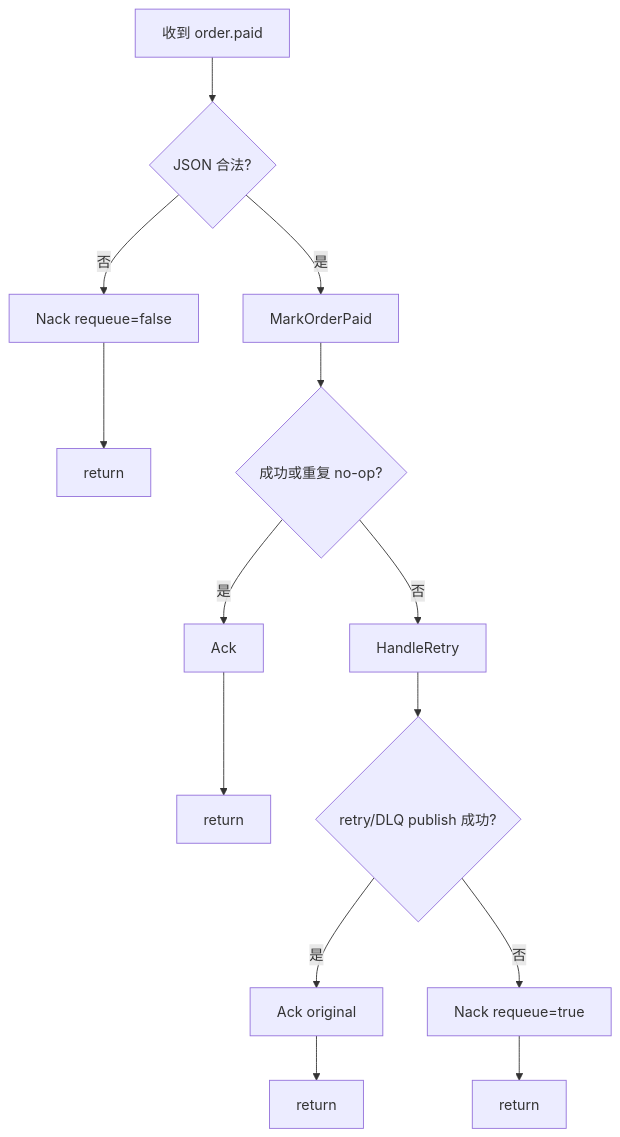
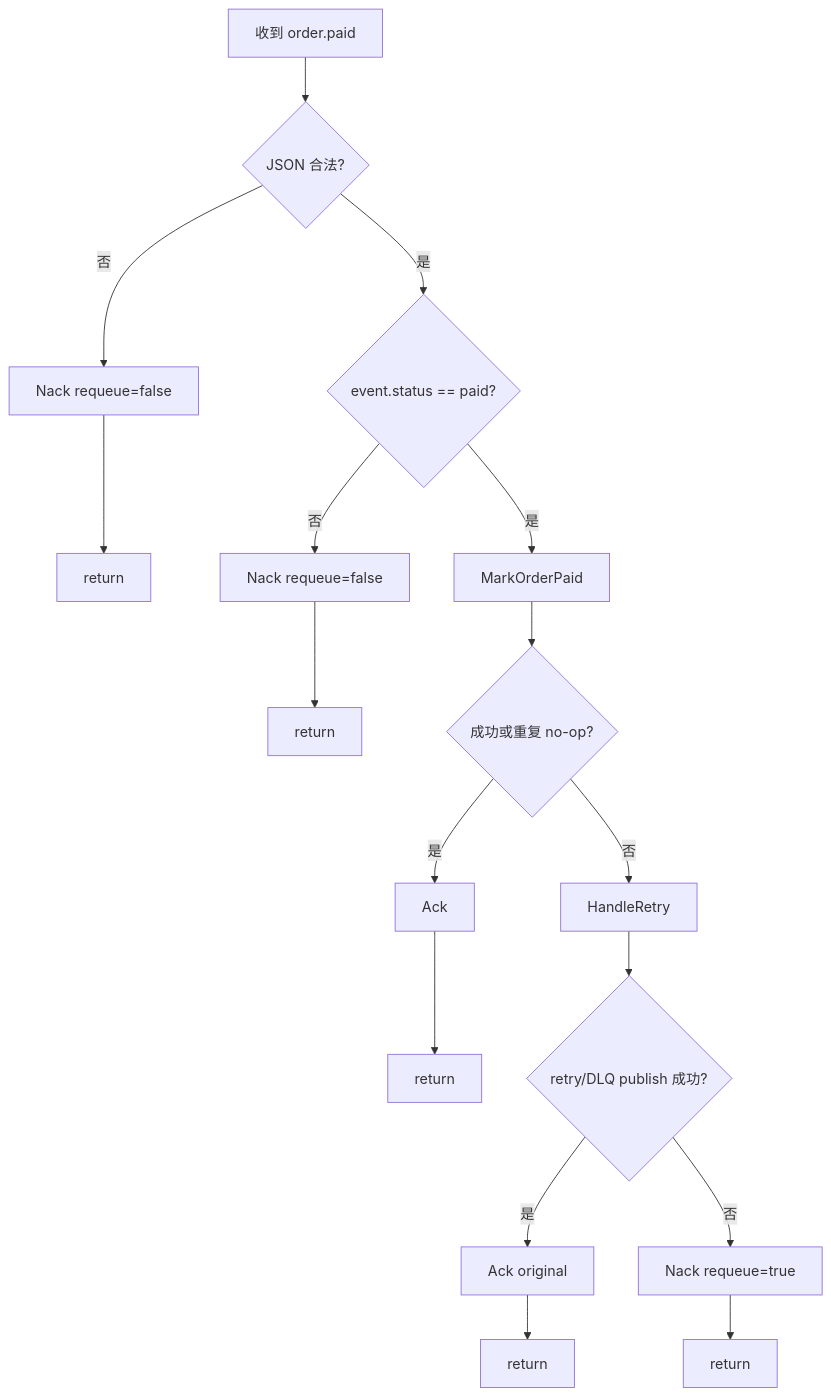
The first of 2 diagrams in docs/architecture/reliability.md (jiahuipaung/gorder), drawn with Mermaid before and after one commit. The commit also changed other lines of this file and 12 other files, not shown here.

Commit message:
fix(order): reject invalid paid events safely

````diff
--- a/docs/architecture/reliability.md
+++ b/docs/architecture/reliability.md
@@ -78,12 +78,14 @@
 ```mermaid
 flowchart TD
     D[收到 order.paid] --> J{JSON 合法?}
     J -- 否 --> N1[Nack requeue=false] --> R1[return]
-    J -- 是 --> M[MarkOrderPaid]
+    J -- 是 --> S{event.status == paid?}
+    S -- 否 --> N3[Nack requeue=false] --> R5[return]
+    S -- 是 --> M[MarkOrderPaid]
     M --> O{成功或重复 no-op?}
     O -- 是 --> A[Ack] --> R2[return]
     O -- 否 --> H[HandleRetry]
     H --> P{retry/DLQ publish 成功?}
     P -- 是 --> A2[Ack original] --> R3[return]
     P -- 否 --> N2[Nack requeue=true] --> R4[return]
 ```
````
